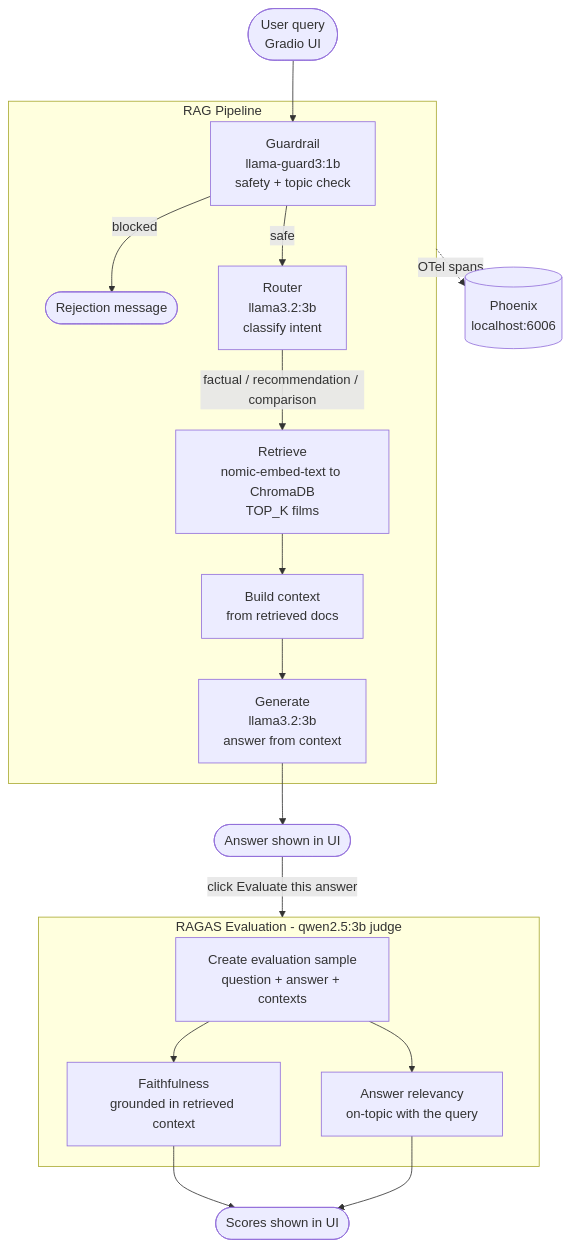
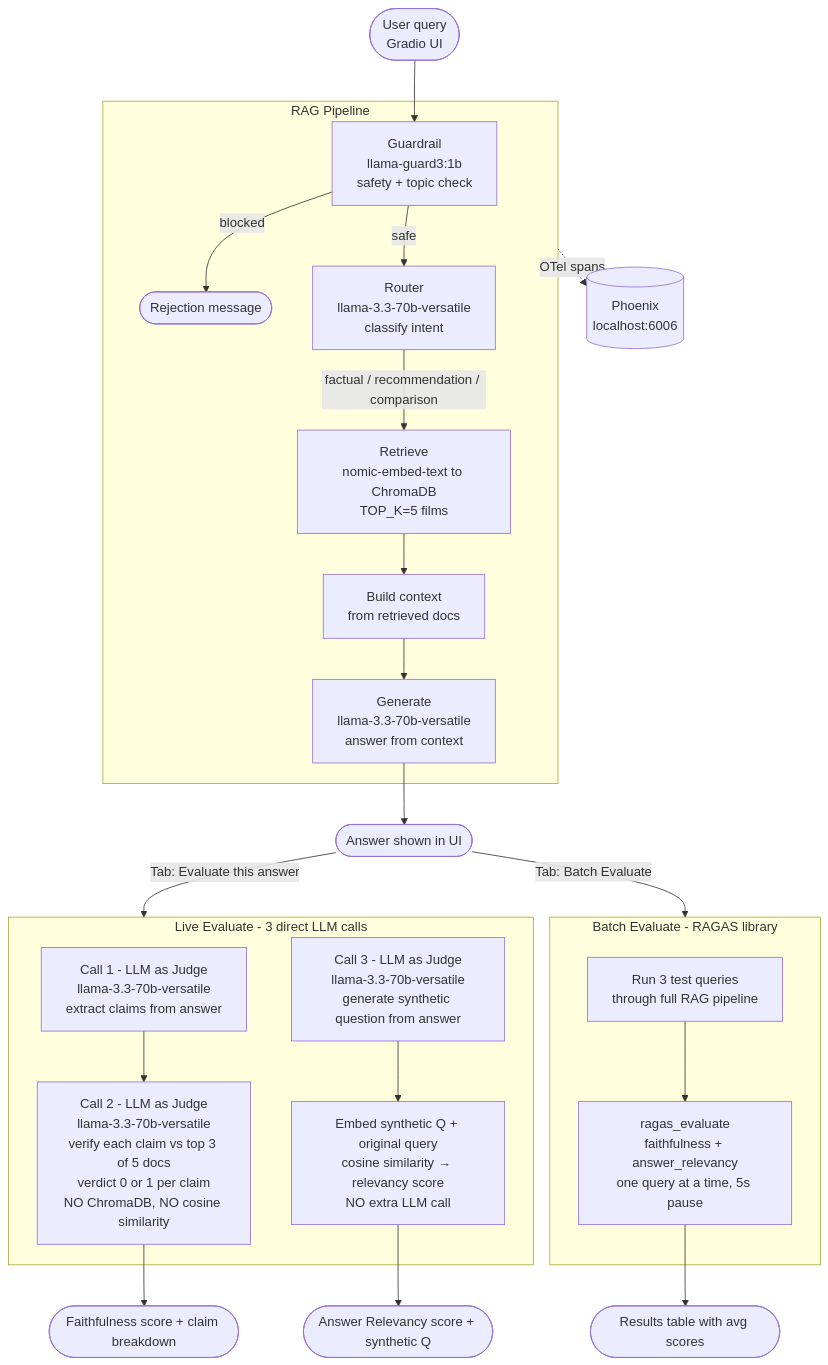
Before and after one commit to giovannitammaroaws/local-rag-film-chatbot: the diagram in README.md, drawn with Mermaid. The commit also changed other lines of this file, not shown here.

Commit message:
Update README for current evaluation pipeline

````diff
--- a/README.md
+++ b/README.md
@@ -37,26 +37,39 @@
 ```mermaid
 flowchart TD
     U([User query<br/>Gradio UI]) --> G
 
     subgraph PIPE[RAG Pipeline]
         G["Guardrail<br/>llama-guard3:1b<br/>safety + topic check"]
         G -->|blocked| REJ([Rejection message])
-        G -->|safe| RT["Router<br/>llama3.2:3b<br/>classify intent"]
-        RT -->|factual / recommendation / comparison| RET["Retrieve<br/>nomic-embed-text to ChromaDB<br/>TOP_K films"]
+        G -->|safe| RT["Router<br/>llama-3.3-70b-versatile<br/>classify intent"]
+        RT -->|factual / recommendation / comparison| RET["Retrieve<br/>nomic-embed-text to ChromaDB<br/>TOP_K=5 films"]
         RET --> CTX[Build context<br/>from retrieved docs]
-        CTX --> GEN["Generate<br/>llama3.2:3b<br/>answer from context"]
+        CTX --> GEN["Generate<br/>llama-3.3-70b-versatile<br/>answer from context"]
     end
 
     GEN --> ANS([Answer shown in UI])
     PIPE -.->|OTel spans| PH[(Phoenix<br/>localhost:6006)]
 
-    ANS -->|click Evaluate this answer| RAGAS
+    ANS -->|Tab: Evaluate this answer| LIVE
 
-    subgraph RAGAS[RAGAS Evaluation - qwen2.5:3b judge]
-        S1["Create evaluation sample<br/>question + answer + contexts"] --> S2["Faithfulness<br/>grounded in retrieved context"]
-        S1 --> S3["Answer relevancy<br/>on-topic with the query"]
+    subgraph LIVE[Live Evaluate - 3 direct LLM calls]
+        L1["Call 1 - LLM as Judge<br/>llama-3.3-70b-versatile<br/>extract claims from answer"]
+        L2["Call 2 - LLM as Judge<br/>llama-3.3-70b-versatile<br/>verify each claim vs top 3 of 5 docs<br/>verdict 0 or 1 per claim<br/>NO ChromaDB, NO cosine similarity"]
+        L3["Call 3 - LLM as Judge<br/>llama-3.3-70b-versatile<br/>generate synthetic question from answer"]
+        L4["Embed synthetic Q + original query<br/>cosine similarity → relevancy score<br/>NO extra LLM call"]
+        L1 --> L2
+        L3 --> L4
     end
 
-    S2 --> SCORE([Scores shown in UI])
-    S3 --> SCORE
+    L2 --> SCORE([Faithfulness score + claim breakdown])
+    L4 --> SCORE2([Answer Relevancy score + synthetic Q])
+
+    ANS -->|Tab: Batch Evaluate| BATCH
+
+    subgraph BATCH[Batch Evaluate - RAGAS library]
+        B1["Run 3 test queries<br/>through full RAG pipeline"]
+        B2["ragas_evaluate<br/>faithfulness + answer_relevancy<br/>one query at a time, 5s pause"]
+    end
+
+    B1 --> B2 --> TABLE([Results table with avg scores])
 ```
````
